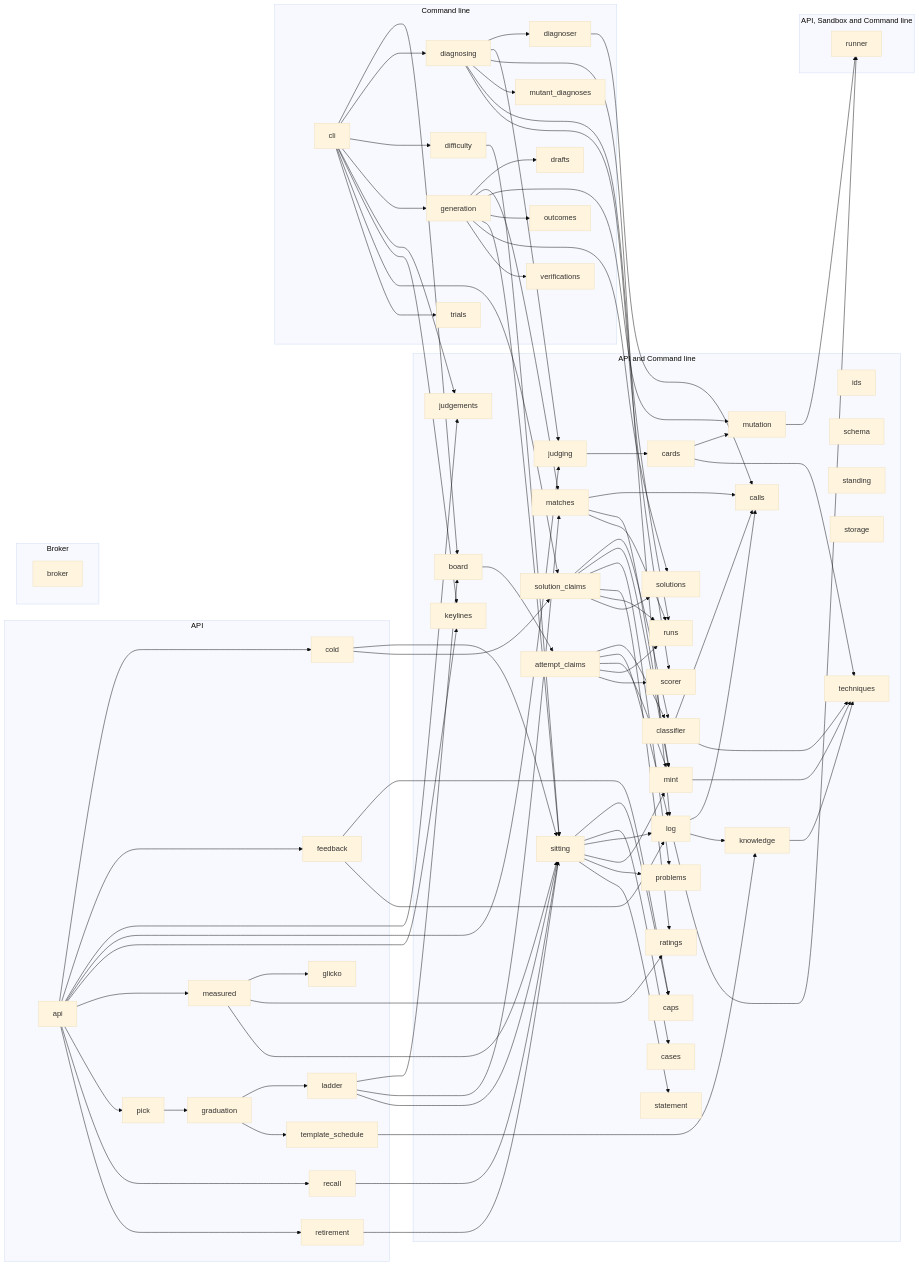
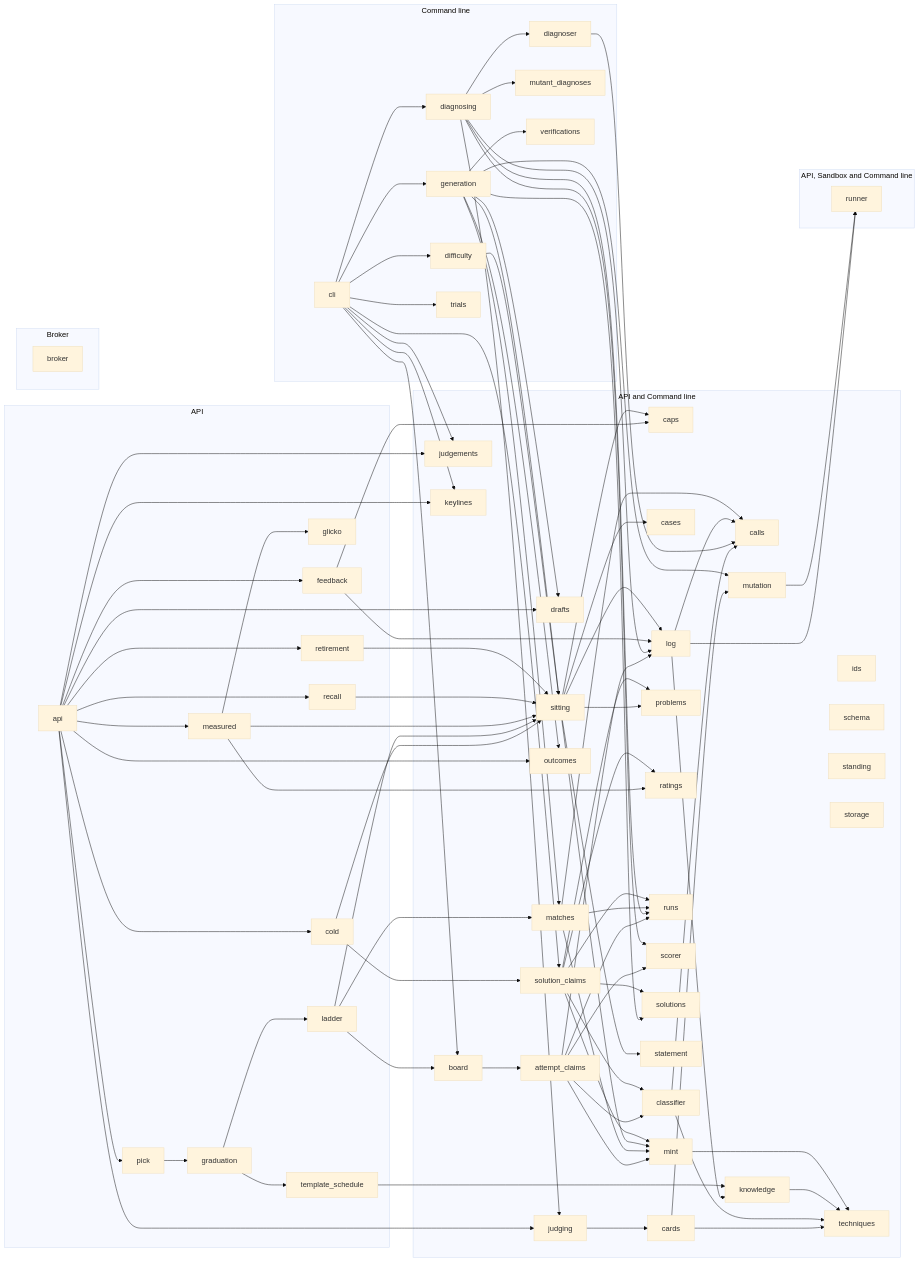
The diagram in docs/architecture/modules.md (climbance/climbance), drawn with Mermaid (base theme) before and after one commit. The commit also changed 20 other files, not shown here.

```diff
--- a/docs/architecture/modules.md
+++ b/docs/architecture/modules.md
@@ -55,10 +55,8 @@
         climb_diagnoser["diagnoser"]
         climb_diagnosing["diagnosing"]
         climb_difficulty["difficulty"]
-        climb_drafts["drafts"]
         climb_generation["generation"]
         climb_mutant_diagnoses["mutant_diagnoses"]
-        climb_outcomes["outcomes"]
         climb_trials["trials"]
         climb_verifications["verifications"]
     end
@@ -70,6 +68,7 @@
         climb_cards["cards"]
         climb_cases["cases"]
         climb_classifier["classifier"]
+        climb_drafts["drafts"]
         climb_ids["ids"]
         climb_judgements["judgements"]
         climb_judging["judging"]
@@ -79,6 +78,7 @@
         climb_matches["matches"]
         climb_mint["mint"]
         climb_mutation["mutation"]
+        climb_outcomes["outcomes"]
         climb_problems["problems"]
         climb_ratings["ratings"]
         climb_runs["runs"]
@@ -96,11 +96,13 @@
         climb_runner["runner"]
     end
     climb_api --> climb_cold
+    climb_api --> climb_drafts
     climb_api --> climb_feedback
     climb_api --> climb_judgements
     climb_api --> climb_judging
     climb_api --> climb_keylines
     climb_api --> climb_measured
+    climb_api --> climb_outcomes
     climb_api --> climb_pick
     climb_api --> climb_recall
     climb_api --> climb_retirement
```
